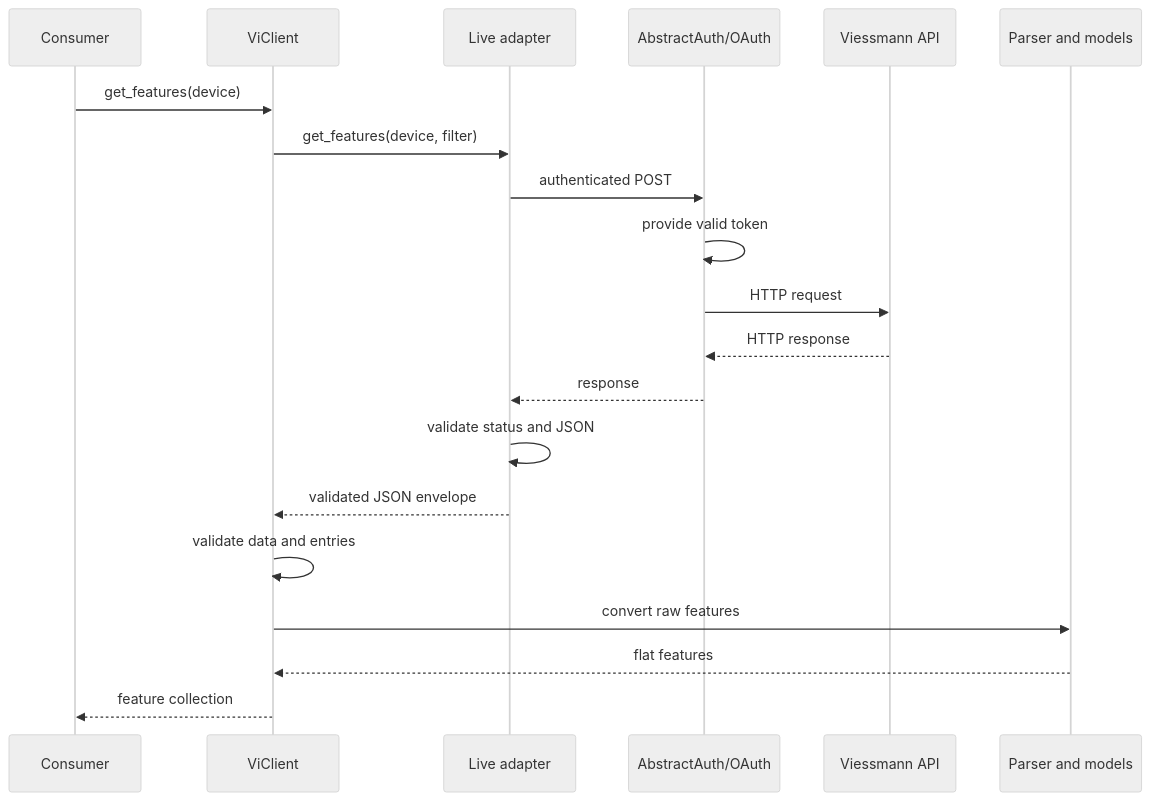
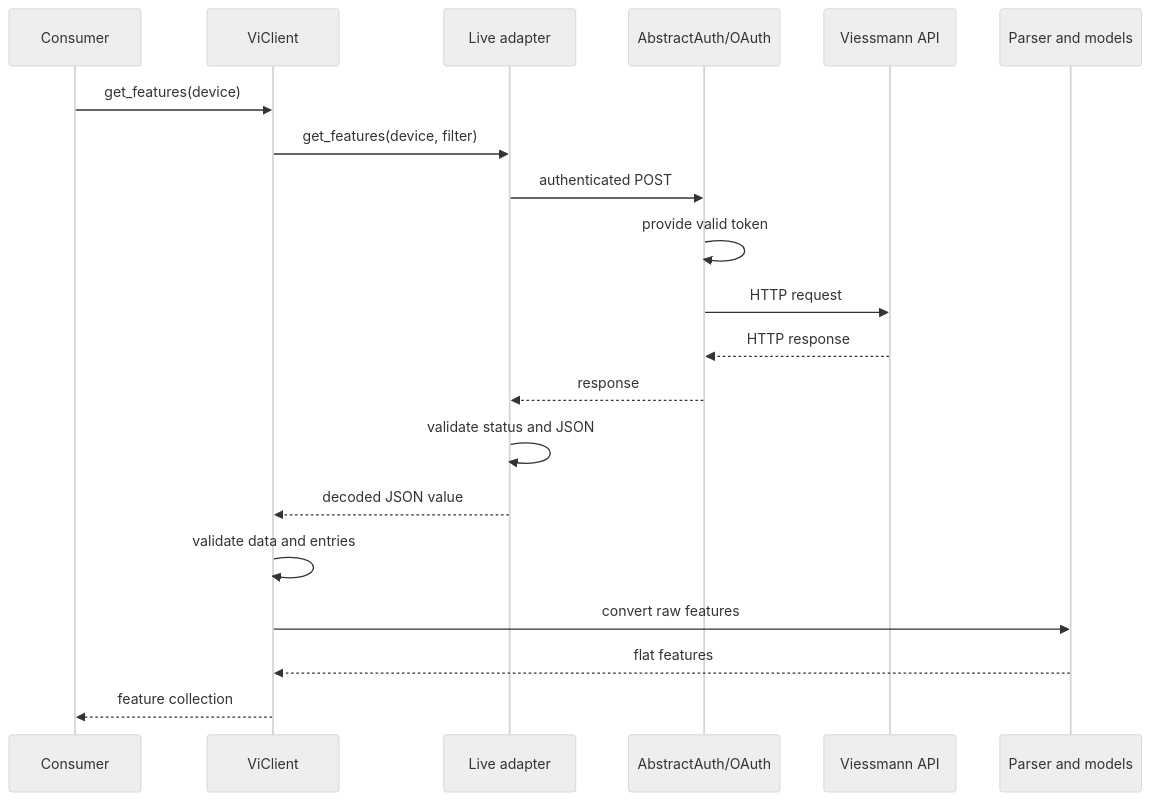
One commit to ignazhabibi/vi_api_client changed the fifth of 12 diagrams in docs/08_architecture.md. Above: the diagram before and after it, drawn with Mermaid (neutral theme). The commit also changed other lines of this file and 1 other file, not shown here.

First line of the commit message:
docs: explain adapter error handling and align architecture guide (#130)

````diff
--- a/docs/08_architecture.md
+++ b/docs/08_architecture.md
@@ -310,22 +312,22 @@
 ```mermaid
 sequenceDiagram
     participant App as Consumer
     participant Client as ViClient
     participant Adapter as Live adapter
     participant Auth as AbstractAuth/OAuth
     participant API as Viessmann API
     participant Parser as Parser and models
     App->>Client: get_features(device)
     Client->>Adapter: get_features(device, filter)
     Adapter->>Auth: authenticated POST
     Auth->>Auth: provide valid token
     Auth->>API: HTTP request
     API-->>Auth: HTTP response
     Auth-->>Adapter: response
     Adapter->>Adapter: validate status and JSON
-    Adapter-->>Client: validated JSON envelope
+    Adapter-->>Client: decoded JSON value
     Client->>Client: validate data and entries
     Client->>Parser: convert raw features
     Parser-->>Client: flat features
     Client-->>App: feature collection
 ```
````
